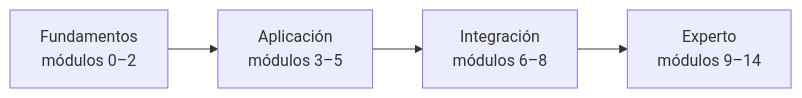
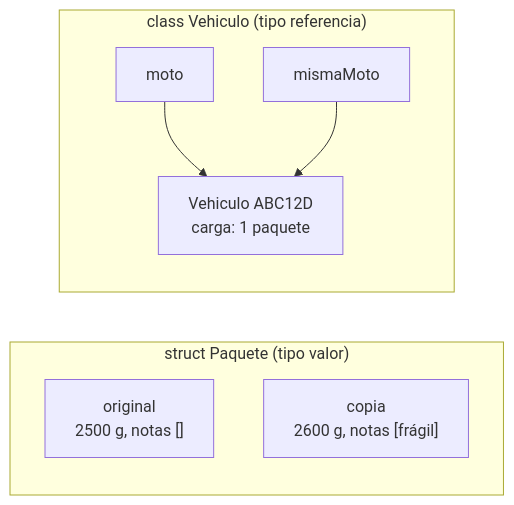
The second of 5 diagrams in web/public/content/ios/modulo-0.md (NICORUIZ93/The_Imperial_Book), drawn with Mermaid before and after one commit. The commit also changed other lines of this file and 38 other files, not shown here.

````diff
--- a/web/public/content/ios/modulo-0.md
+++ b/web/public/content/ios/modulo-0.md
@@ -30,10 +569,11 @@
 ```mermaid
 flowchart LR
-    E0["Fundamentos<br/>módulos 0–2"]
-    E1["Aplicación<br/>módulos 3–5"]
-    E2["Integración<br/>módulos 6–8"]
-    E3["Experto<br/>módulos 9–14"]
-    E0 --> E1
-    E1 --> E2
-    E2 --> E3
+    subgraph valor["struct Paquete (tipo valor)"]
+        O["original<br/>2500 g, notas []"]
+        C["copia<br/>2600 g, notas [frágil]"]
+    end
+    subgraph referencia["class Vehiculo (tipo referencia)"]
+        M["moto"] --> OBJ["Vehiculo ABC12D<br/>carga: 1 paquete"]
+        MM["mismaMoto"] --> OBJ
+    end
 ```
````
